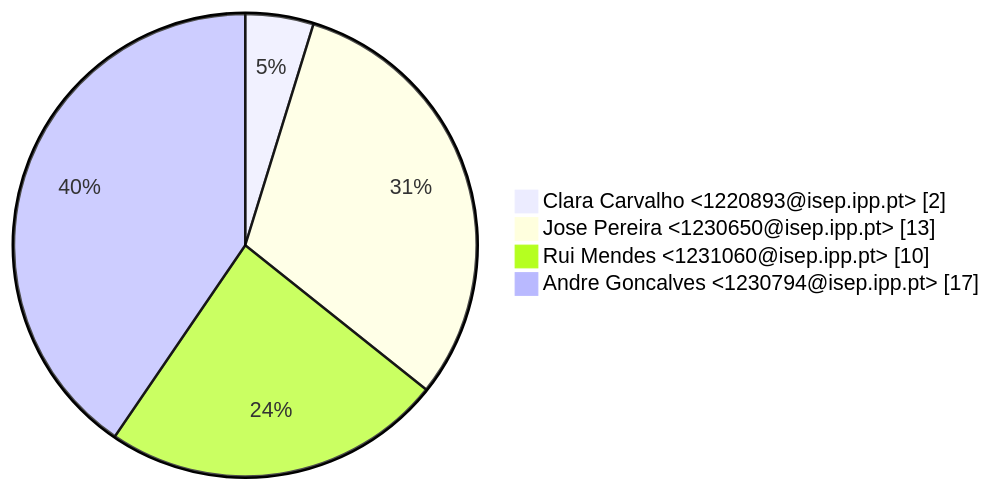
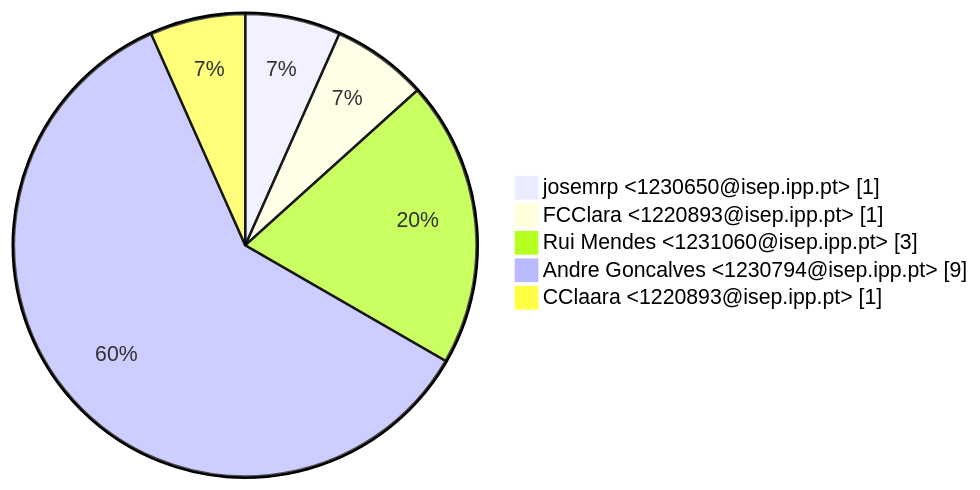
One commit to RacoonOverFlow/LSIS1_Grupo4 changed the first of 3 diagrams in GitAnalysis/Sprint_1/Contributions.md. Above: the diagram before and after it, drawn with Mermaid. The commit also changed other lines of this file and 1 other file, not shown here.

````diff
--- a/GitAnalysis/Sprint_1/Contributions.md
+++ b/GitAnalysis/Sprint_1/Contributions.md
@@ -10,7 +11,8 @@
 ```mermaid
 pie showData
-    " Clara Carvalho <1220893@isep.ipp.pt>" : 2
-    " Jose Pereira <1230650@isep.ipp.pt>" : 13
-    " Rui Mendes <1231060@isep.ipp.pt>" : 10
-    " Andre Goncalves <1230794@isep.ipp.pt>" : 17
+    " josemrp <1230650@isep.ipp.pt>" : 1
+    " FCClara <1220893@isep.ipp.pt>" : 1
+    " Rui Mendes <1231060@isep.ipp.pt>" : 3
+    " Andre Goncalves <1230794@isep.ipp.pt>" : 9
+    " CClaara <1220893@isep.ipp.pt>" : 1
 ```
````
